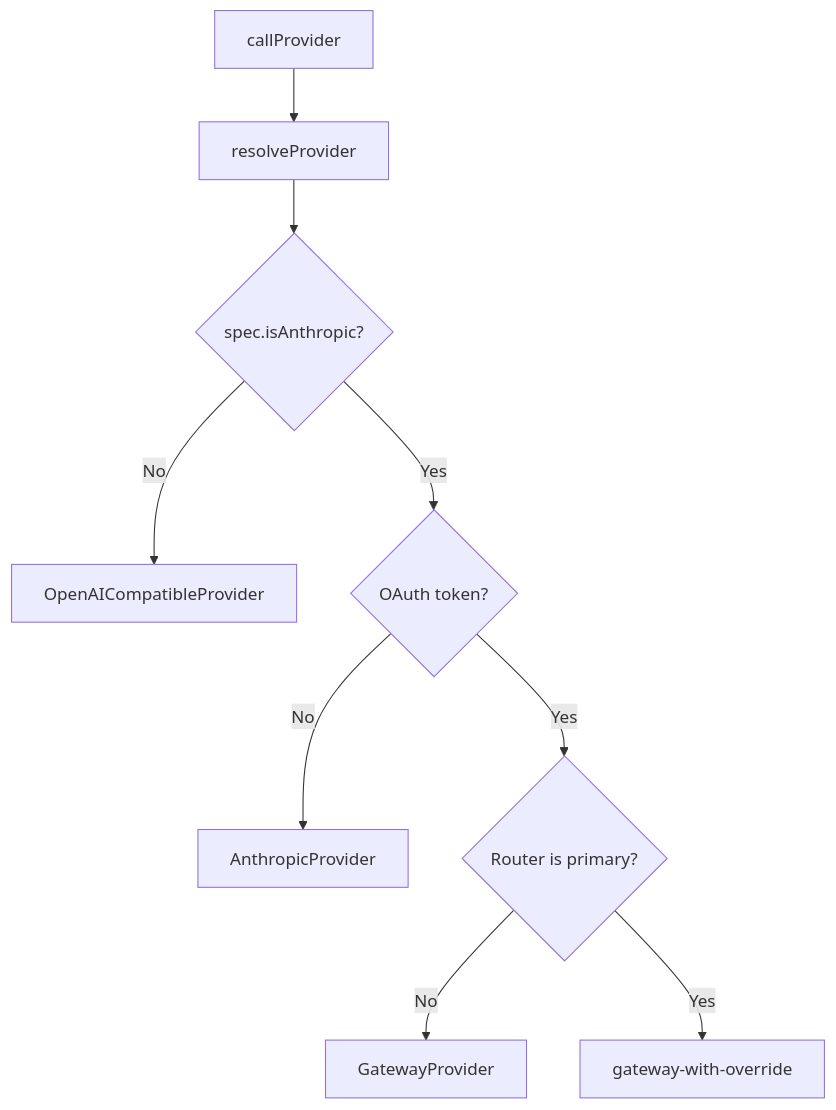
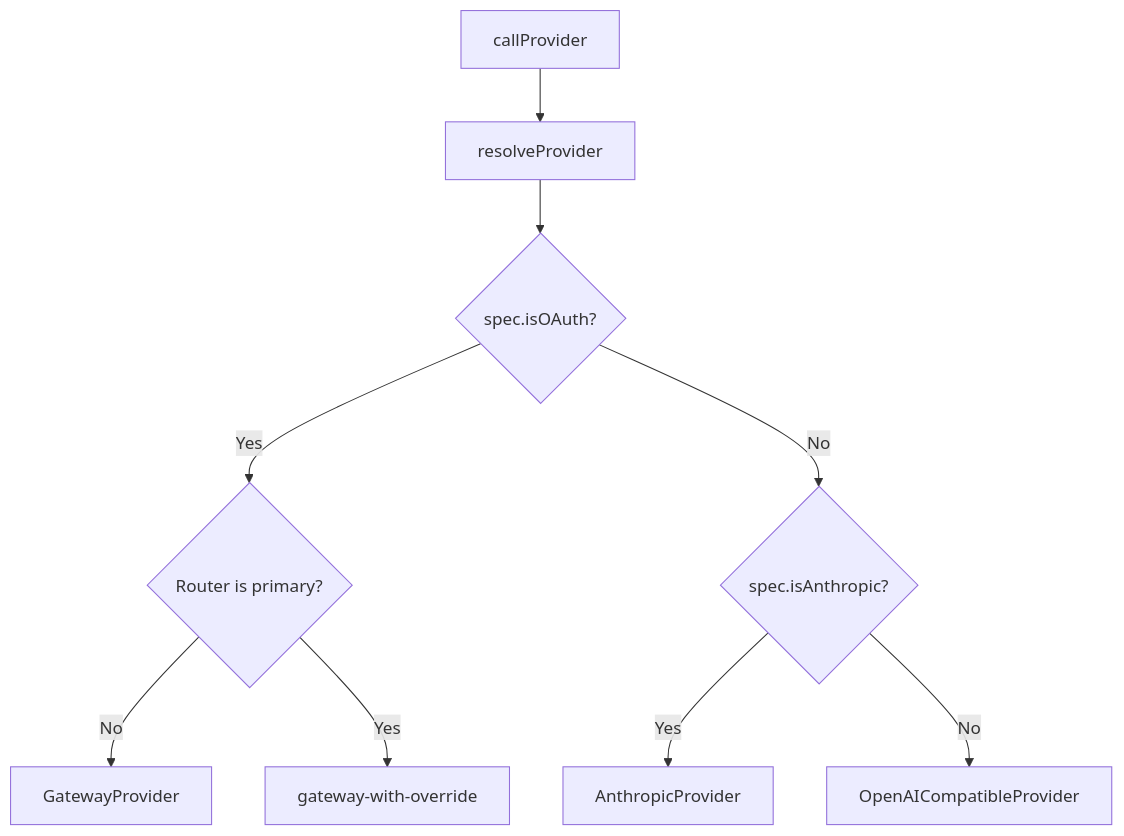
Before and after one commit to donnfelker/claw-llm-router: the diagram in PROVIDERS.md, drawn with Mermaid. The commit also changed other lines of this file and 5 other files, not shown here.

First line of the commit message:
Add MiniMax (M2.5) provider support with OAuth handling

````diff
--- a/PROVIDERS.md
+++ b/PROVIDERS.md
@@ -9,11 +9,11 @@
 ```mermaid
 flowchart TD
     CALL[callProvider] --> RESOLVE[resolveProvider]
-    RESOLVE --> CHECK{spec.isAnthropic?}
-    CHECK -->|No| OAI[OpenAICompatibleProvider]
-    CHECK -->|Yes| OAUTH{OAuth token?}
-    OAUTH -->|No| ANT[AnthropicProvider]
+    RESOLVE --> OAUTH{spec.isOAuth?}
     OAUTH -->|Yes| PRIMARY{Router is primary?}
     PRIMARY -->|No| GW[GatewayProvider]
     PRIMARY -->|Yes| GWO[gateway-with-override]
+    OAUTH -->|No| CHECK{spec.isAnthropic?}
+    CHECK -->|Yes| ANT[AnthropicProvider]
+    CHECK -->|No| OAI[OpenAICompatibleProvider]
 ```
````
